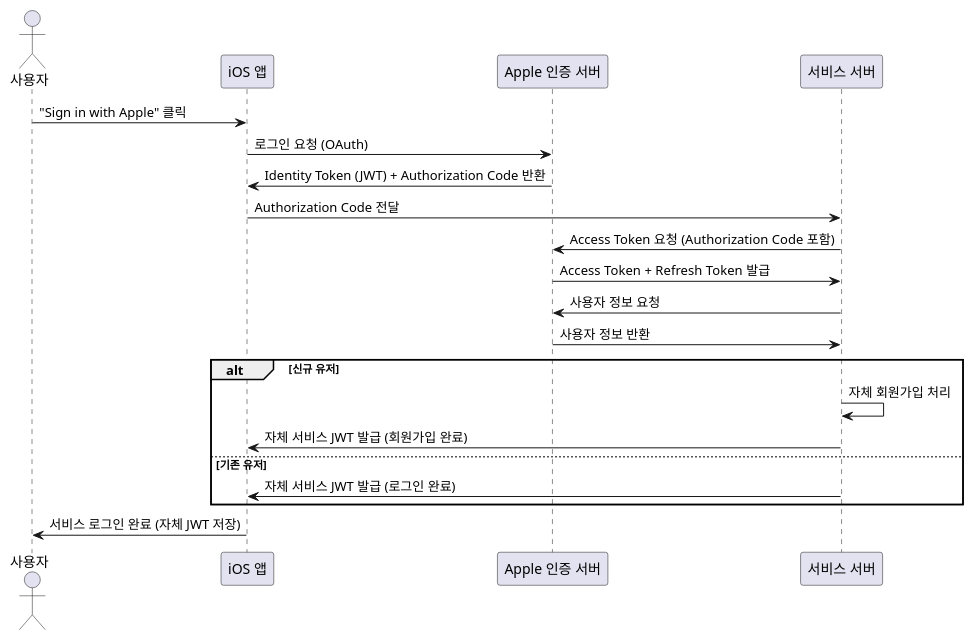
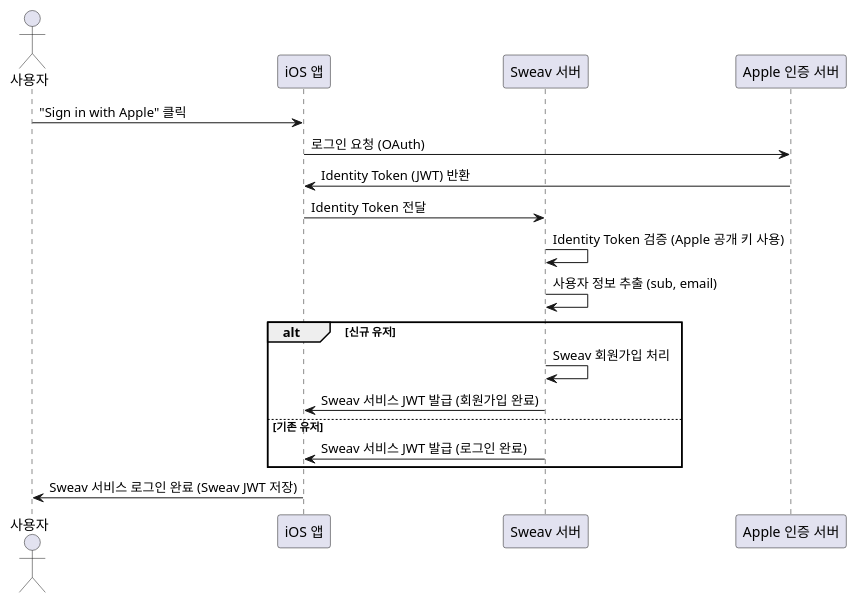
The diagram in sequence/user/login_via_apple.puml (sweav-org/sweav-uml), drawn with PlantUML before and after one commit. The commit also changed 3 other files, not shown here.

Commit message:
소셜 로그인 플로우 수정

```diff
--- a/sequence/user/login_via_apple.puml
+++ b/sequence/user/login_via_apple.puml
@@ -1,28 +1,26 @@
 @startuml
 'https://plantuml.com/sequence-diagram
 
 actor 사용자
 participant "iOS 앱" as Client
+participant "Sweav 서버" as Server
 participant "Apple 인증 서버" as Apple
-participant "서비스 서버" as Server
 
 사용자 -> Client : "Sign in with Apple" 클릭
 Client -> Apple : 로그인 요청 (OAuth)
-Apple -> Client : Identity Token (JWT) + Authorization Code 반환
-Client -> Server : Authorization Code 전달
+Apple -> Client : Identity Token (JWT) 반환
+Client -> Server : Identity Token 전달
 
-Server -> Apple : Access Token 요청 (Authorization Code 포함)
-Apple -> Server : Access Token + Refresh Token 발급
-Server -> Apple : 사용자 정보 요청
-Apple -> Server : 사용자 정보 반환
+Server -> Server : Identity Token 검증 (Apple 공개 키 사용)
+Server -> Server : 사용자 정보 추출 (sub, email)
 
 alt 신규 유저
-    Server -> Server : 자체 회원가입 처리
-    Server -> Client : 자체 서비스 JWT 발급 (회원가입 완료)
+    Server -> Server : Sweav 회원가입 처리
+    Server -> Client : Sweav 서비스 JWT 발급 (회원가입 완료)
 else 기존 유저
-    Server -> Client : 자체 서비스 JWT 발급 (로그인 완료)
+    Server -> Client : Sweav 서비스 JWT 발급 (로그인 완료)
 end
 
-Client -> 사용자 : 서비스 로그인 완료 (자체 JWT 저장)
+Client -> 사용자 : Sweav 서비스 로그인 완료 (Sweav JWT 저장)
 
 @enduml
```
